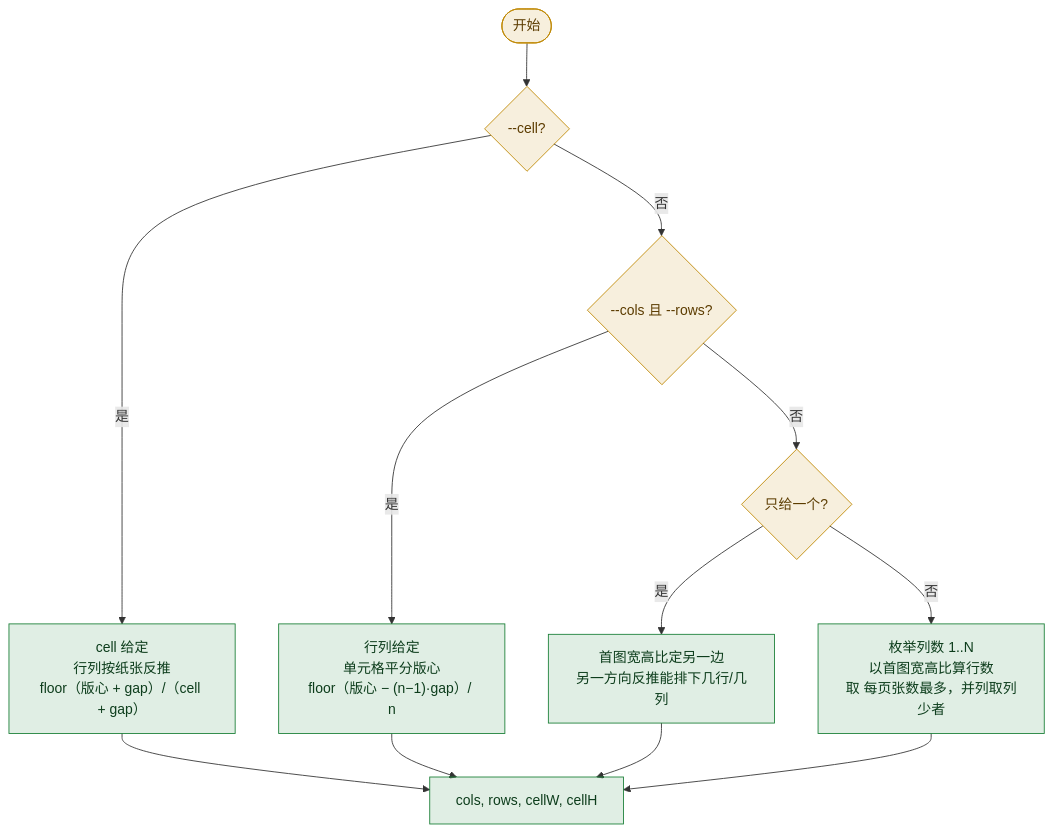
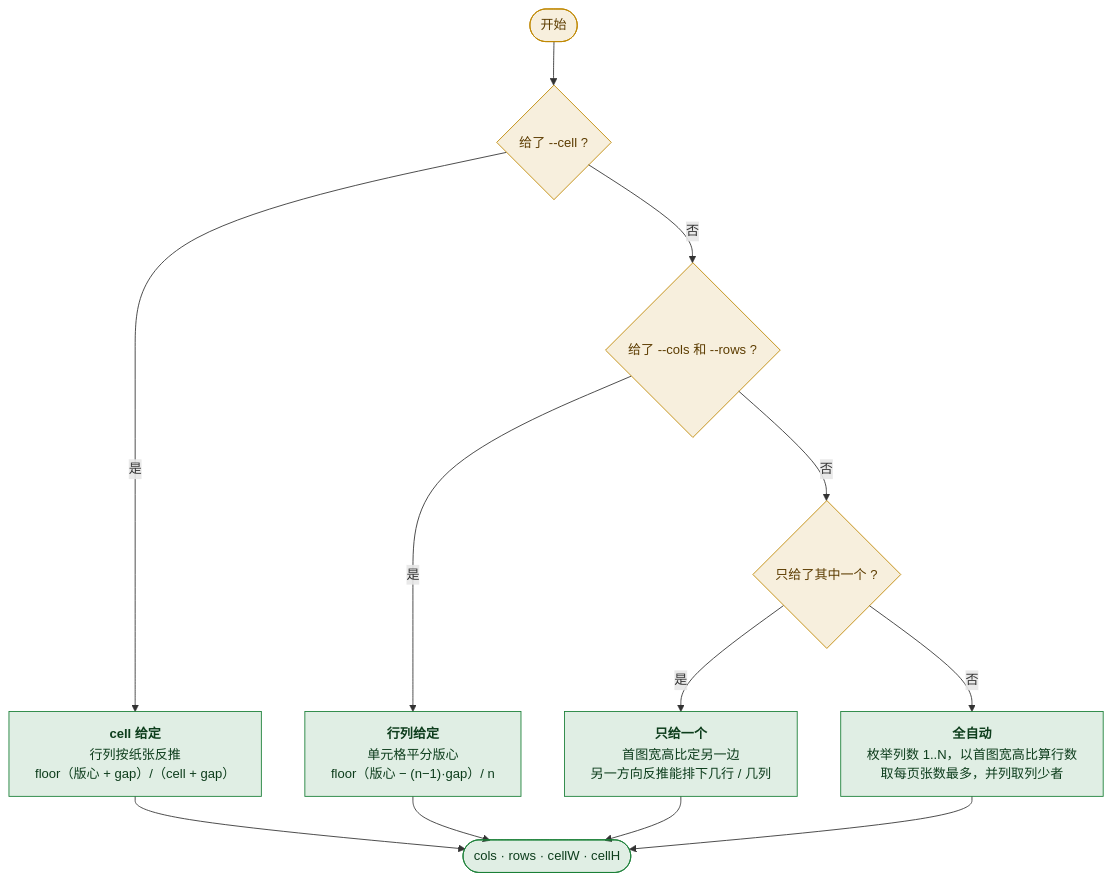
Before and after one commit to techysy/CardSheet: the second of 2 diagrams in docs/architecture.md, drawn with Mermaid. The commit also changed other lines of this file and 10 other files, not shown here.

````diff
--- a/docs/architecture.md
+++ b/docs/architecture.md
@@ -83,24 +70,30 @@
 ```mermaid
+%%{init: {"flowchart": {"wrappingWidth": 420}, "themeVariables": {"fontSize": "15px"}}}%%
 flowchart TB
     classDef q    fill:#bf870022,stroke:#bf8700,color:#5c3c00
     classDef out  fill:#1a7f3722,stroke:#1a7f37,color:#0d3d1c
 
     S([开始]):::q
-    Q1{--cell?}:::q
-    Q2{--cols 且 --rows?}:::q
-    Q3{只给一个?}:::q
+    Q1{给了 --cell ?}:::q
+    Q2{给了 --cols 和 --rows ?}:::q
+    Q3{只给了其中一个 ?}:::q
 
-    A1["cell 给定<br/>行列按纸张反推<br/>floor（版心 + gap）/（cell + gap）"]:::out
-    A2["行列给定<br/>单元格平分版心<br/>floor（版心 − (n−1)·gap）/ n"]:::out
-    A3[首图宽高比定另一边<br/>另一方向反推能排下几行/几列]:::out
-    A4[枚举列数 1..N<br/>以首图宽高比算行数<br/>取 每页张数最多，并列取列少者]:::out
+    A1["<b>cell 给定</b><br/>行列按纸张反推<br/>floor（版心 + gap）/（cell + gap）"]:::out
+    A2["<b>行列给定</b><br/>单元格平分版心<br/>floor（版心 − (n−1)·gap）/ n"]:::out
+    A3["<b>只给一个</b><br/>首图宽高比定另一边<br/>另一方向反推能排下几行 / 几列"]:::out
+    A4["<b>全自动</b><br/>枚举列数 1..N，以首图宽高比算行数<br/>取每页张数最多，并列取列少者"]:::out
 
-    R[cols, rows, cellW, cellH]:::out
+    R([cols · rows · cellW · cellH]):::out
+
     S --> Q1
-    Q1 -->|是| A1 --> R
+    Q1 -->|是| A1
     Q1 -->|否| Q2
-    Q2 -->|是| A2 --> R
+    Q2 -->|是| A2
     Q2 -->|否| Q3
-    Q3 -->|是| A3 --> R
-    Q3 -->|否| A4 --> R
+    Q3 -->|是| A3
+    Q3 -->|否| A4
+    A1 --> R
+    A2 --> R
+    A3 --> R
+    A4 --> R
 ```
````
